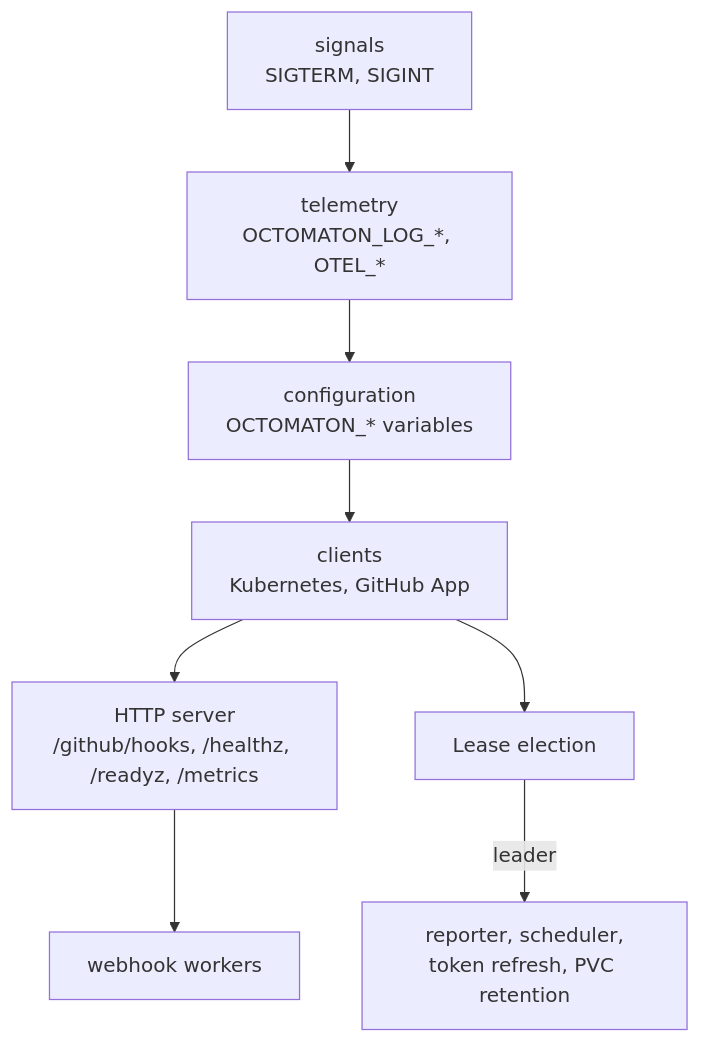
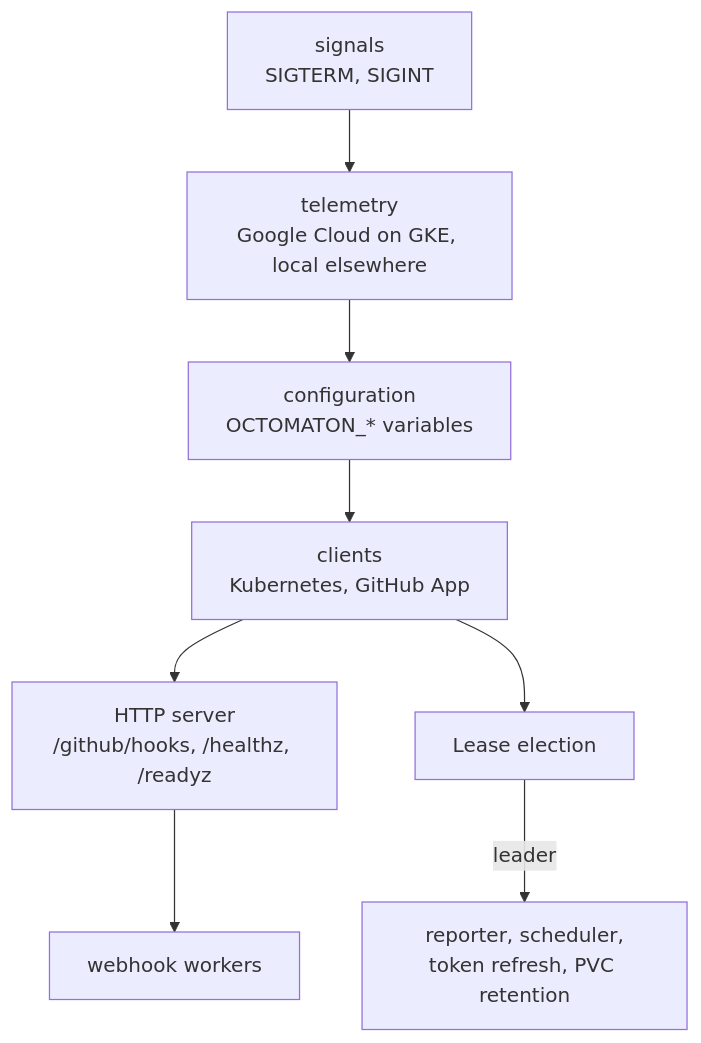
Before and after one commit to arikkfir-org/docs: the third of 4 diagrams in hub/designs/phase-2-octomaton.md, drawn with Mermaid. The commit also changed other lines of this file and 2 other files, not shown here.

First line of the commit message:
docs(hub): send Octomaton's telemetry to Google Cloud; enable Dependabot

````diff
--- a/hub/designs/phase-2-octomaton.md
+++ b/hub/designs/phase-2-octomaton.md
@@ -111,10 +111,10 @@
 ```mermaid
 flowchart TD
-  SIG["signals<br/>SIGTERM, SIGINT"] --> TEL["telemetry<br/>OCTOMATON_LOG_*, OTEL_*"]
+  SIG["signals<br/>SIGTERM, SIGINT"] --> TEL["telemetry<br/>Google Cloud on GKE, local elsewhere"]
   TEL --> CFG["configuration<br/>OCTOMATON_* variables"]
   CFG --> CLI["clients<br/>Kubernetes, GitHub App"]
-  CLI --> HTTP["HTTP server<br/>/github/hooks, /healthz, /readyz, /metrics"]
+  CLI --> HTTP["HTTP server<br/>/github/hooks, /healthz, /readyz"]
   CLI --> ELEC["Lease election"]
   HTTP --> POOL["webhook workers"]
   ELEC -->|leader| JOBS["reporter, scheduler,<br/>token refresh, PVC retention"]
 ```
````
